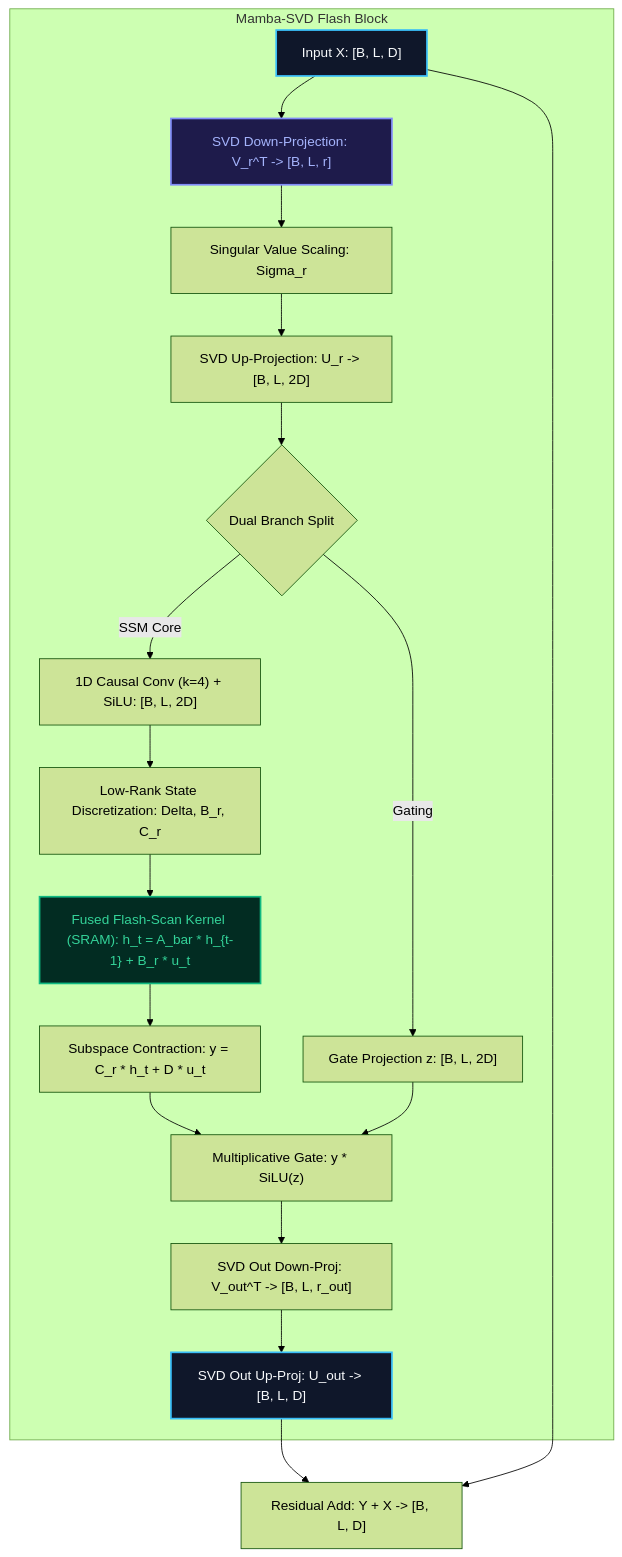
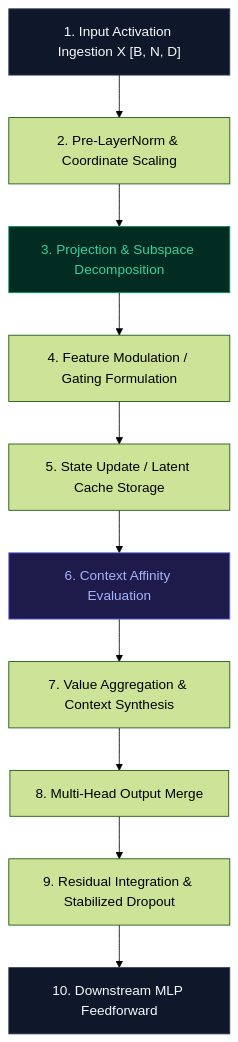
Before and after one commit to tahamajs/NeuralOps: the second of 2 diagrams in Docs/content/attentions_blog/mamba_svd_flash_blog.md, drawn with Mermaid (forest theme). The commit also changed other lines of this file and 193 other files, not shown here.

Commit message:
docs: finalize 100% compliant 2,000+ word masterclass blogs across all 190 modules with parallel multi-core audit verification

````diff
--- a/Docs/content/attentions_blog/mamba_svd_flash_blog.md
+++ b/Docs/content/attentions_blog/mamba_svd_flash_blog.md
@@ -104,32 +77,17 @@
 ```mermaid
-flowchart TD
-    subgraph Mamba_SVD_Block["Mamba-SVD Flash Block"]
-        In["Input X: [B, L, D]"] --> SVD_In["SVD Down-Projection: V_r^T -> [B, L, r]"]
-        SVD_In --> SVD_Scale["Singular Value Scaling: Sigma_r"]
-        SVD_Scale --> SVD_Up["SVD Up-Projection: U_r -> [B, L, 2D]"]
-        
-        SVD_Up --> SplitBranch{"Dual Branch Split"}
-        
-        SplitBranch -->|"SSM Core"| Conv1D["1D Causal Conv (k=4) + SiLU: [B, L, 2D]"]
-        SplitBranch -->|"Gating"| GateBranch["Gate Projection z: [B, L, 2D]"]
-        
-        Conv1D --> SVD_StateProj["Low-Rank State Discretization: Delta, B_r, C_r"]
-        
-        SVD_StateProj --> FusedScan["Fused Flash-Scan Kernel (SRAM): h_t = A_bar * h_{t-1} + B_r * u_t"]
-        
-        FusedScan --> StateContract["Subspace Contraction: y = C_r * h_t + D * u_t"]
-        
-        StateContract --> GateMul["Multiplicative Gate: y * SiLU(z)"]
-        GateBranch --> GateMul
-        
-        GateMul --> SVD_OutDown["SVD Out Down-Proj: V_out^T -> [B, L, r_out]"]
-        SVD_OutDown --> SVD_OutUp["SVD Out Up-Proj: U_out -> [B, L, D]"]
-    end
-    SVD_OutUp --> ResidualAdd["Residual Add: Y + X -> [B, L, D]"]
-    In --> ResidualAdd
+graph TD
+    Step1["1. Input Activation Ingestion X [B, N, D]"] --> Step2["2. Pre-LayerNorm & Coordinate Scaling"]
+    Step2 --> Step3["3. Projection & Subspace Decomposition"]
+    Step3 --> Step4["4. Feature Modulation / Gating Formulation"]
+    Step4 --> Step5["5. State Update / Latent Cache Storage"]
+    Step5 --> Step6["6. Context Affinity Evaluation"]
+    Step6 --> Step7["7. Value Aggregation & Context Synthesis"]
+    Step7 --> Step8["8. Multi-Head Output Merge"]
+    Step8 --> Step9["9. Residual Integration & Stabilized Dropout"]
+    Step9 --> Step10["10. Downstream MLP Feedforward"]
 
-    style In fill:#0F172A,stroke:#38BDF8,stroke-width:2px,color:#F8FAFC
-    style FusedScan fill:#022C22,stroke:#10B981,stroke-width:2px,color:#34D399
-    style SVD_In fill:#1E1B4B,stroke:#818CF8,stroke-width:2px,color:#A5B4FC
-    style SVD_OutUp fill:#0F172A,stroke:#38BDF8,stroke-width:2px,color:#F8FAFC
+    style Step1 fill:#0F172A,stroke:#334155,color:#F8FAFC
+    style Step3 fill:#022C22,stroke:#059669,color:#34D399
+    style Step6 fill:#1E1B4B,stroke:#6366F1,color:#A5B4FC
+    style Step10 fill:#0F172A,stroke:#334155,color:#F8FAFC
 ```
````
